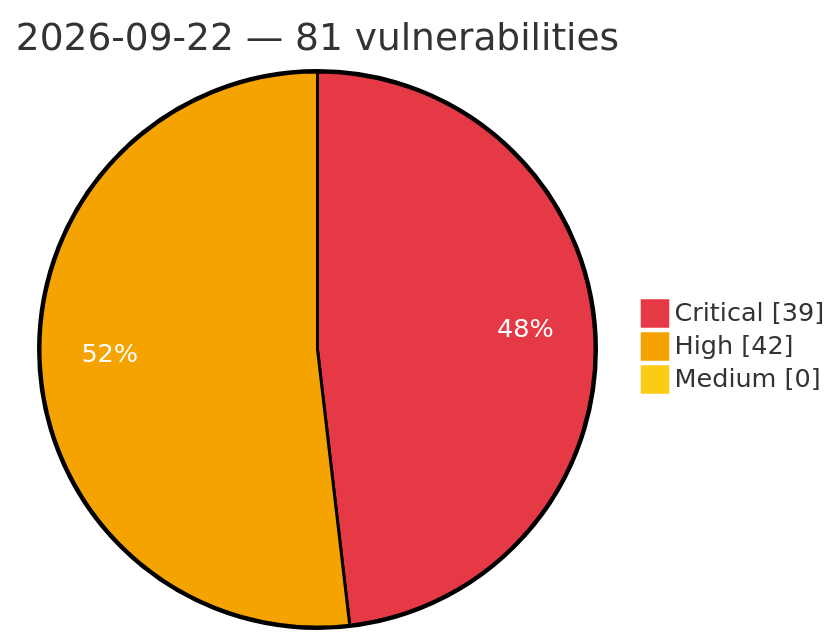
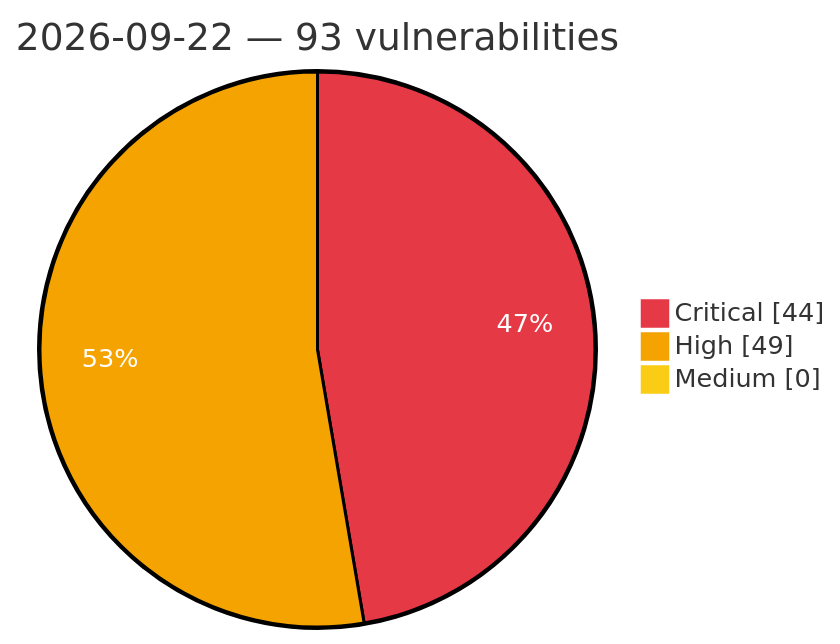
One commit to GhostX0X/vuln-tracker changed the diagram in vulnerabilities/2026/September/2026-09-22.md. Above: the diagram before and after it, drawn with Mermaid. The commit also changed other lines of this file and 5 other files, not shown here.

Commit message:
Auto update: critical/high vulns (2026-09-23 00:36 UTC)

````diff
--- a/vulnerabilities/2026/September/2026-09-22.md
+++ b/vulnerabilities/2026/September/2026-09-22.md
@@ -3,8 +3,8 @@
 ```mermaid
 %%{init: {'theme':'base', 'themeVariables': {'pie1':'#e63946', 'pie2':'#f4a300', 'pie3':'#facc15', 'pieOpacity':'1', 'pieOuterStrokeWidth':'2px', 'pieSectionTextColor':'#ffffff'}}}%%
 pie showData
-    title 2026-09-22 — 81 vulnerabilities
-    "Critical" : 39
-    "High" : 42
+    title 2026-09-22 — 93 vulnerabilities
+    "Critical" : 44
+    "High" : 49
     "Medium" : 0
 ```
````
